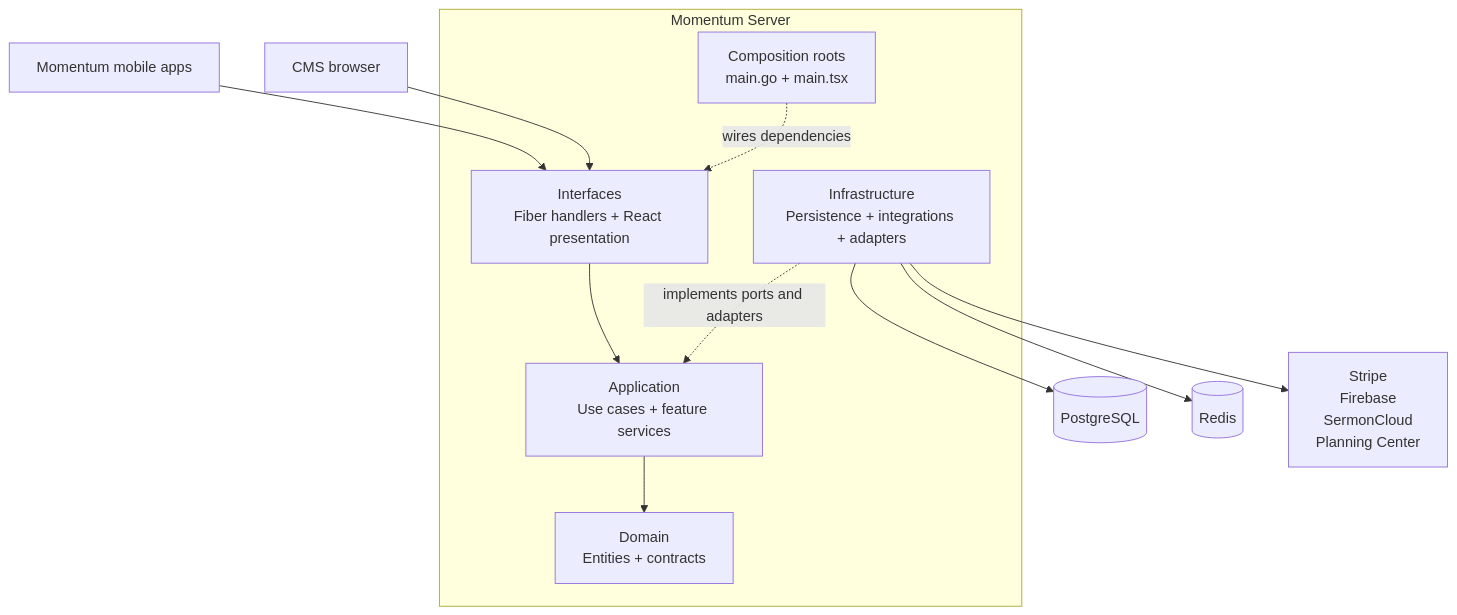
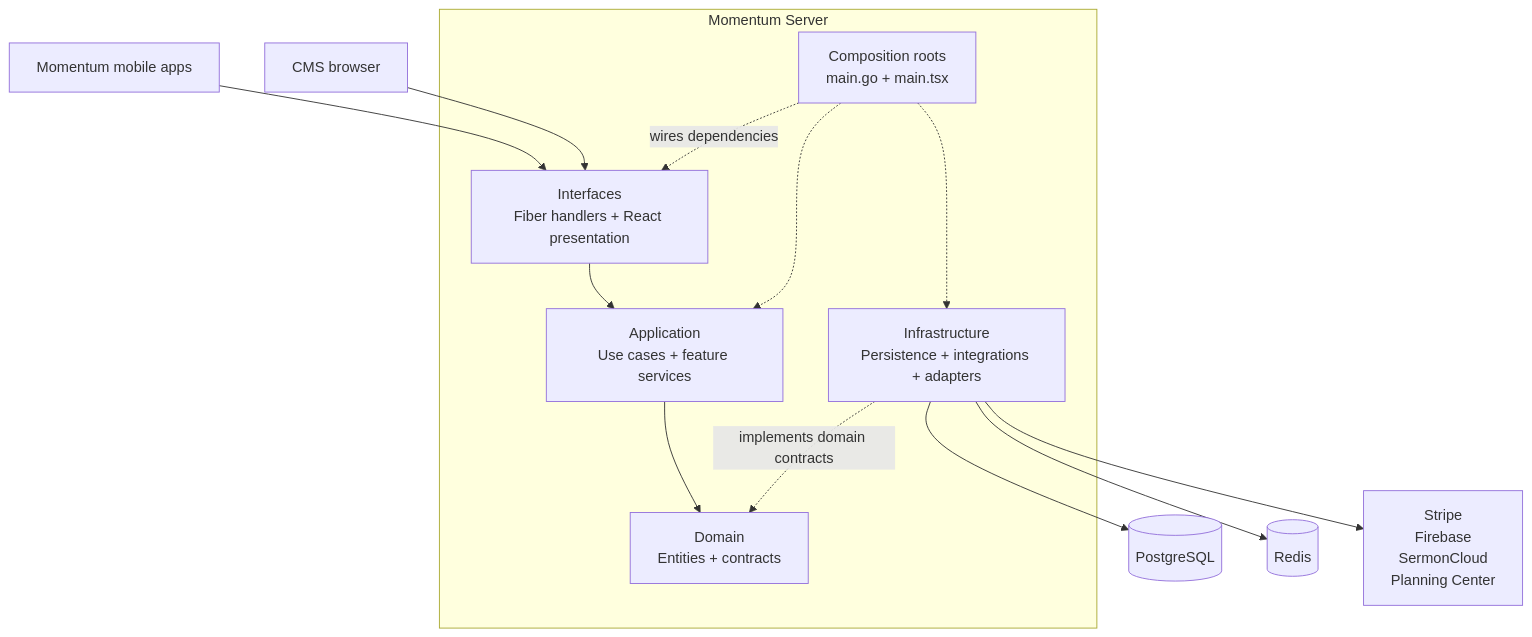
One commit to MwaiBanda/Momentum-Server changed the diagram in README.md. Above: the diagram before and after it, drawn with Mermaid. The commit also changed other lines of this file, not shown here.

````diff
--- a/README.md
+++ b/README.md
@@ -83,27 +86,29 @@
 ```mermaid
 flowchart TB
     mobile["Momentum mobile apps"]
     browser["CMS browser"]
 
     subgraph product["Momentum Server"]
         presentation["Interfaces<br/>Fiber handlers + React presentation"]
         application["Application<br/>Use cases + feature services"]
         domain["Domain<br/>Entities + contracts"]
         infrastructure["Infrastructure<br/>Persistence + integrations + adapters"]
         composition["Composition roots<br/>main.go + main.tsx"]
     end
 
     postgres[("PostgreSQL")]
     redis[("Redis")]
     integrations["Stripe<br/>Firebase<br/>SermonCloud<br/>Planning Center"]
 
     mobile --> presentation
     browser --> presentation
     presentation --> application
     application --> domain
-    infrastructure -. "implements ports and adapters" .-> application
+    infrastructure -. "implements domain contracts" .-> domain
     composition -. "wires dependencies" .-> presentation
+    composition -.-> application
+    composition -.-> infrastructure
     infrastructure --> postgres
     infrastructure --> redis
     infrastructure --> integrations
 ```
````
